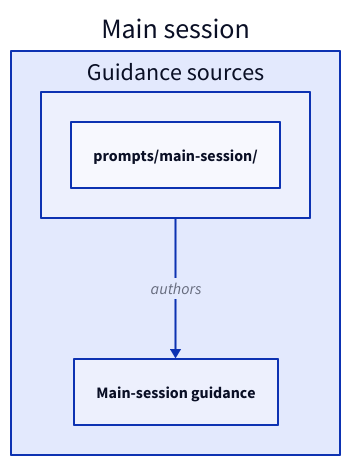
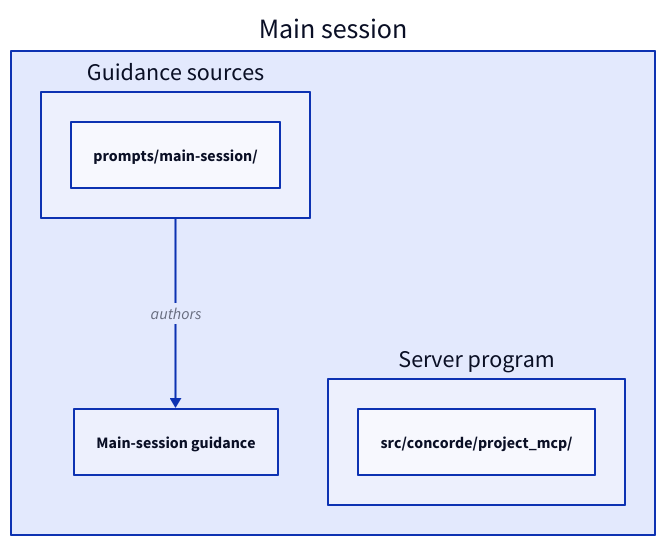
One commit to FTOD/concorde changed the third of 3 diagrams in specs/concorde/coordination/main-session/module.md. Above: the diagram before and after it, drawn with D2. The commit also changed other lines of this file and 52 other files, not shown here.

First line of the commit message:
Add the project MCP server, lock handover and concorde task wait

````diff
--- a/specs/concorde/coordination/main-session/module.md
+++ b/specs/concorde/coordination/main-session/module.md
@@ -463,9 +541,12 @@
 ```d2
 mainsession: Main session {
   sources: Guidance sources {
     "prompts/main-session/"
   }
   guidance: Main-session guidance
+  server: Server program {
+    "src/concorde/project_mcp/"
+  }
   sources -> guidance: authors
 }
 ```
````
